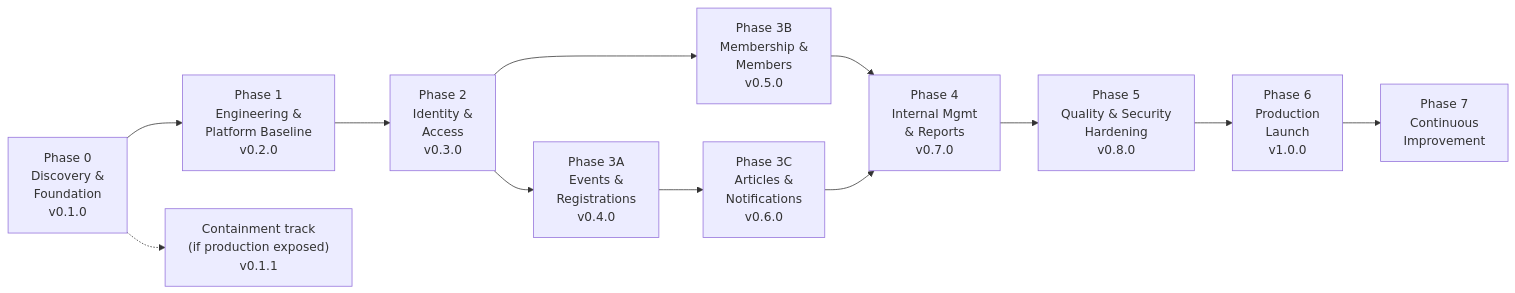
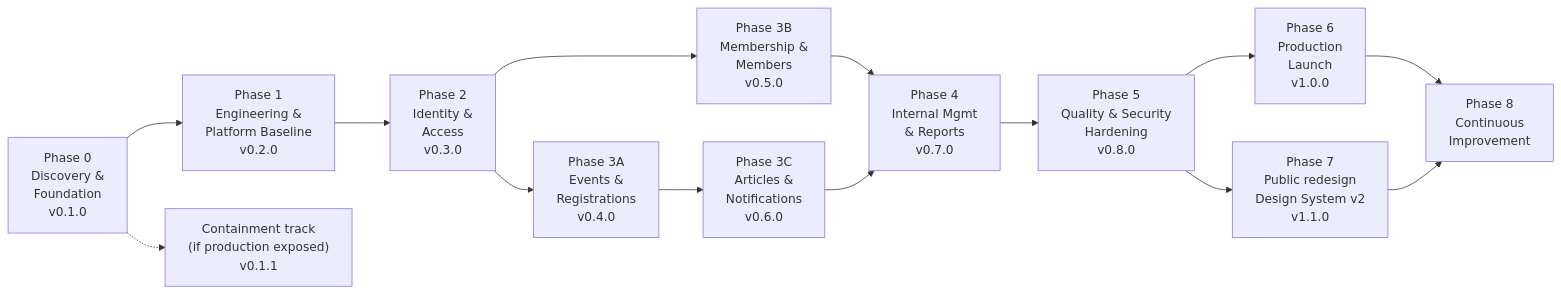
The diagram in docs/99-project-management/roadmap.md (Hussain560/sdc_web), drawn with Mermaid before and after one commit. The commit also changed other lines of this file and 20 other files, not shown here.

````diff
--- a/docs/99-project-management/roadmap.md
+++ b/docs/99-project-management/roadmap.md
@@ -10,14 +26,16 @@
 ```mermaid
 flowchart LR
     P0["Phase 0<br/>Discovery &<br/>Foundation<br/>v0.1.0"] --> P1["Phase 1<br/>Engineering &<br/>Platform Baseline<br/>v0.2.0"]
     P1 --> P2["Phase 2<br/>Identity &<br/>Access<br/>v0.3.0"]
     P2 --> P3A["Phase 3A<br/>Events &<br/>Registrations<br/>v0.4.0"]
     P2 --> P3B["Phase 3B<br/>Membership &<br/>Members<br/>v0.5.0"]
     P3A --> P3C["Phase 3C<br/>Articles &<br/>Notifications<br/>v0.6.0"]
     P3B --> P4["Phase 4<br/>Internal Mgmt<br/>& Reports<br/>v0.7.0"]
     P3C --> P4
     P4 --> P5["Phase 5<br/>Quality & Security<br/>Hardening<br/>v0.8.0"]
     P5 --> P6["Phase 6<br/>Production<br/>Launch<br/>v1.0.0"]
-    P6 --> P7["Phase 7<br/>Continuous<br/>Improvement"]
+    P5 --> P7["Phase 7<br/>Public redesign<br/>Design System v2<br/>v1.1.0"]
+    P6 --> P8["Phase 8<br/>Continuous<br/>Improvement"]
+    P7 --> P8
     P0 -.-> CT["Containment track<br/>(if production exposed)<br/>v0.1.1"]
 ```
````
